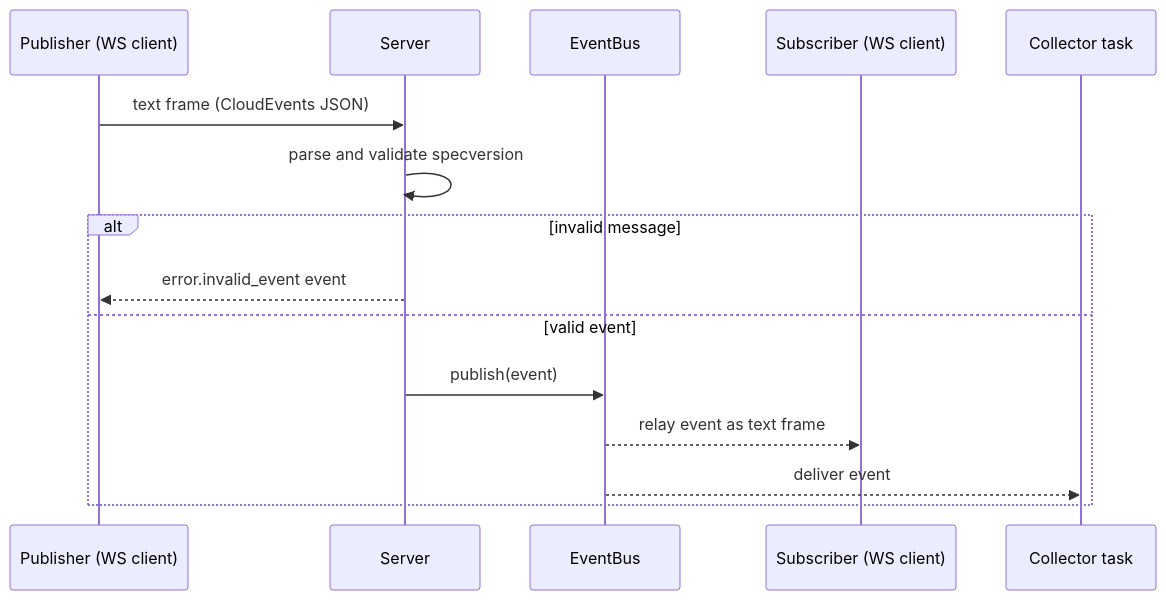
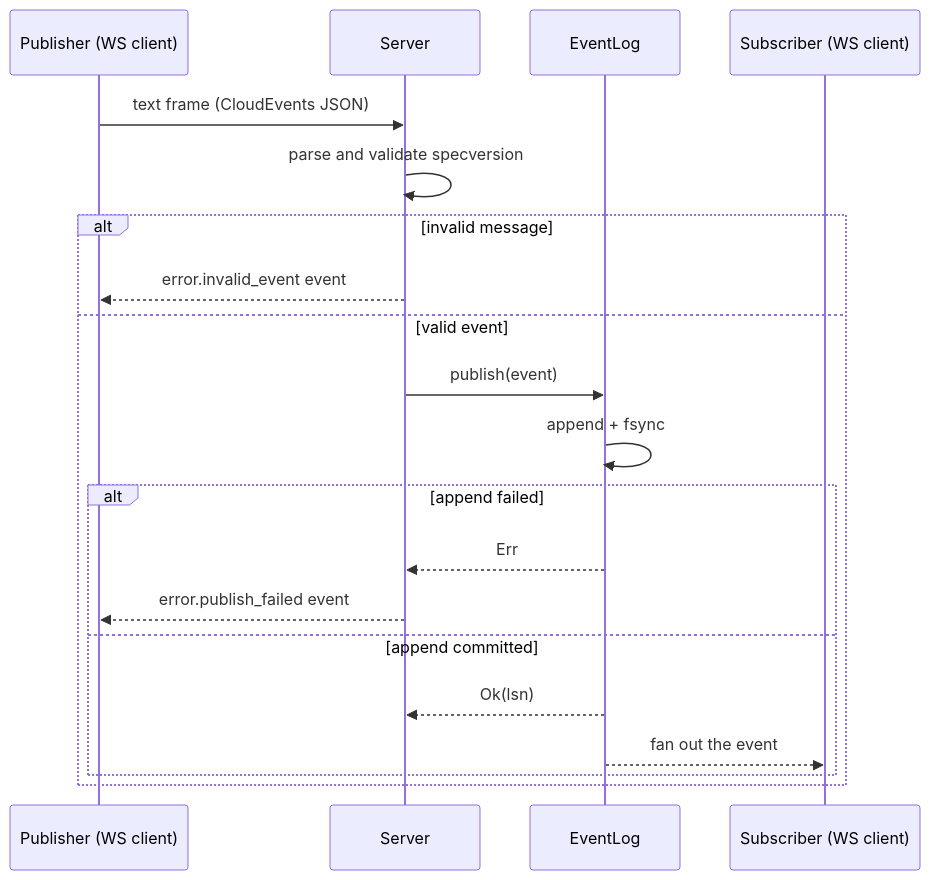
Before and after one commit to mokmok-dev/agent: the second of 4 diagrams in docs/architecture.md, drawn with Mermaid. The commit also changed other lines of this file, not shown here.

First line of the commit message:
docs(architecture): describe the durable jsonl log model

````diff
--- a/docs/architecture.md
+++ b/docs/architecture.md
@@ -73,18 +78,23 @@
 ```mermaid
 sequenceDiagram
     participant P as Publisher (WS client)
     participant S as Server
-    participant B as EventBus
+    participant L as EventLog
     participant C as Subscriber (WS client)
-    participant K as Collector task
 
     P->>S: text frame (CloudEvents JSON)
     S->>S: parse and validate specversion
     alt invalid message
         S-->>P: error.invalid_event event
     else valid event
-        S->>B: publish(event)
-        B-->>C: relay event as text frame
-        B-->>K: deliver event
+        S->>L: publish(event)
+        L->>L: append + fsync
+        alt append failed
+            L-->>S: Err
+            S-->>P: error.publish_failed event
+        else append committed
+            L-->>S: Ok(lsn)
+            L-->>C: fan out the event
+        end
     end
 ```
````
